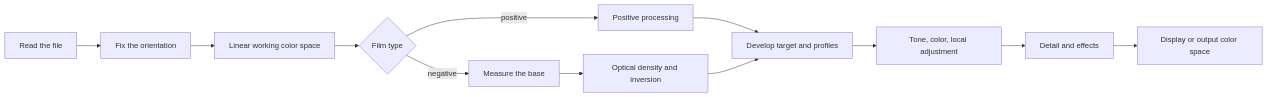
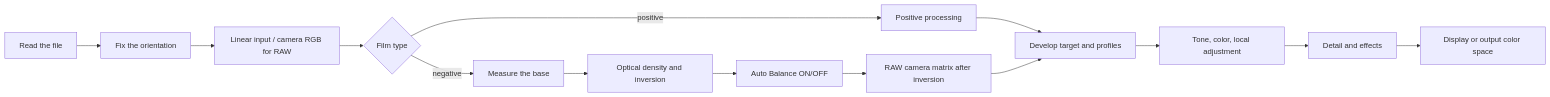
The diagram in docs/product/CHROMA_ENGINE.md (habinsong/negaflow), drawn with Mermaid before and after one commit. The commit also changed other lines of this file and 142 other files, not shown here.

````diff
--- a/docs/product/CHROMA_ENGINE.md
+++ b/docs/product/CHROMA_ENGINE.md
@@ -28,14 +28,14 @@
 ```mermaid
 flowchart LR
     A["Read the file"] --> B["Fix the orientation"]
-    B --> C["Linear working color space"]
+    B --> C["Linear input / camera RGB for RAW"]
     C --> D{"Film type"}
     D -->|positive| E["Positive processing"]
     D -->|negative| F["Measure the base"]
     F --> G["Optical density and inversion"]
     E --> H["Develop target and profiles"]
-    G --> H
+    G --> AB["Auto Balance ON/OFF"] --> M["RAW camera matrix after inversion"] --> H
     H --> I["Tone, color, local adjustment"]
     I --> J["Detail and effects"]
     J --> K["Display or output color space"]
 ```
````
